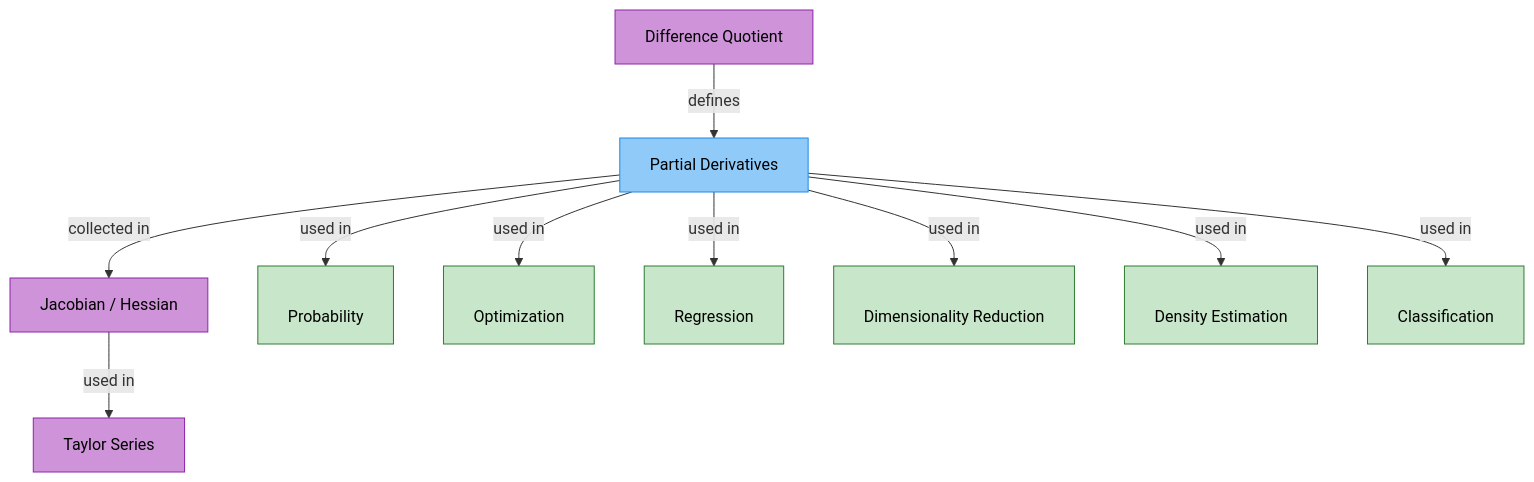
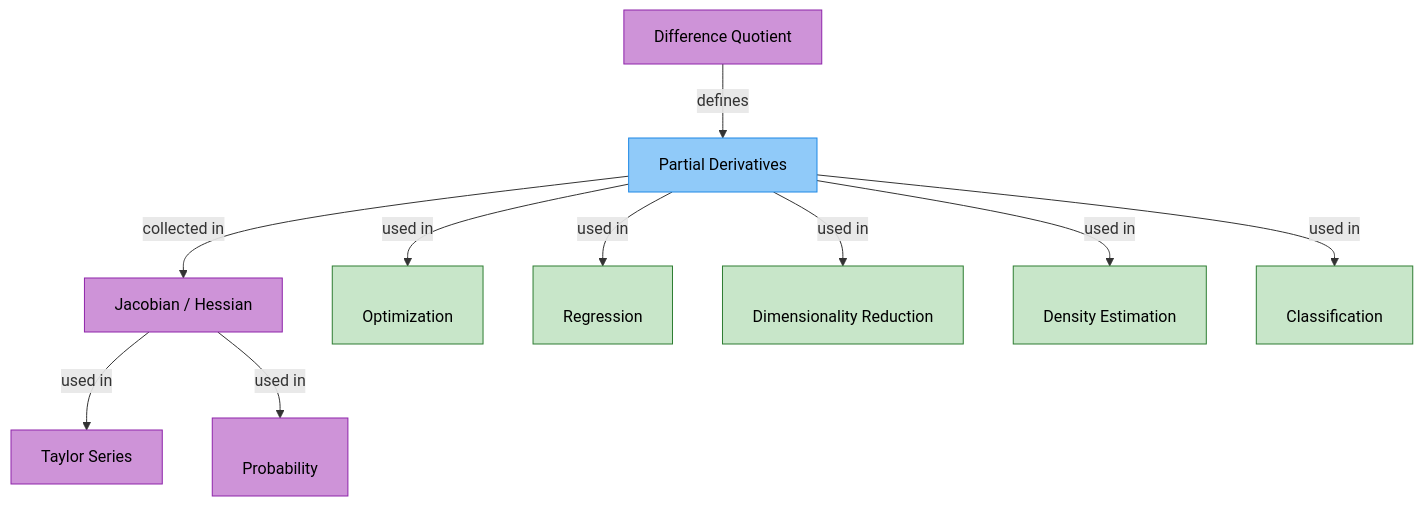
One commit to arshadhs/arshadhs.github.io changed the diagram in content/docs/ai/maths/calculus/04-vector-calculus/_index.md. Above: the diagram before and after it, drawn with Mermaid.

Commit message:
MFML: Calculus

```diff
--- a/content/docs/ai/maths/calculus/04-vector-calculus/_index.md
+++ b/content/docs/ai/maths/calculus/04-vector-calculus/_index.md
@@ -19,46 +19,46 @@
 {{< mermaid >}}
 flowchart TD
 
     %% Core Node
     PD["Partial Derivatives"]
 
     %% Supporting Concepts
     DQ["Difference Quotient"]
     JH["Jacobian / Hessian"]
     TS["Taylor Series"]
 
     %% Application Chapters
     CH6["<br/>Probability"]
     CH7["<br/>Optimization"]
     CH9["<br/>Regression"]
     CH10["<br/>Dimensionality Reduction"]
     CH11["<br/>Density Estimation"]
     CH12["<br/>Classification"]
 
     %% Relationships
     DQ -->|defines| PD
     PD -->|collected in| JH
     JH -->|used in| TS
-
-    PD -->|used in| CH6
+    JH -->|used in| CH6
+	
     PD -->|used in| CH7
     PD -->|used in| CH9
     PD -->|used in| CH10
     PD -->|used in| CH11
     PD -->|used in| CH12
 
     %% Styling (Your Soft Academic Palette)
     style PD fill:#90CAF9,stroke:#1E88E5,color:#000
 
     style DQ fill:#CE93D8,stroke:#8E24AA,color:#000
     style JH fill:#CE93D8,stroke:#8E24AA,color:#000
     style TS fill:#CE93D8,stroke:#8E24AA,color:#000
-
-    style CH6 fill:#C8E6C9,stroke:#2E7D32,color:#000
+    style CH6 fill:#CE93D8,stroke:#8E24AA,color:#000
+	
     style CH7 fill:#C8E6C9,stroke:#2E7D32,color:#000
     style CH9 fill:#C8E6C9,stroke:#2E7D32,color:#000
     style CH10 fill:#C8E6C9,stroke:#2E7D32,color:#000
     style CH11 fill:#C8E6C9,stroke:#2E7D32,color:#000
     style CH12 fill:#C8E6C9,stroke:#2E7D32,color:#000
 
 {{< /mermaid >}}
```
